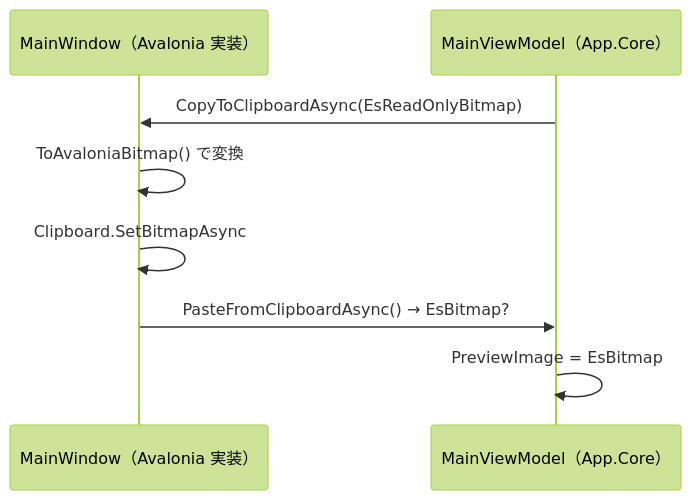
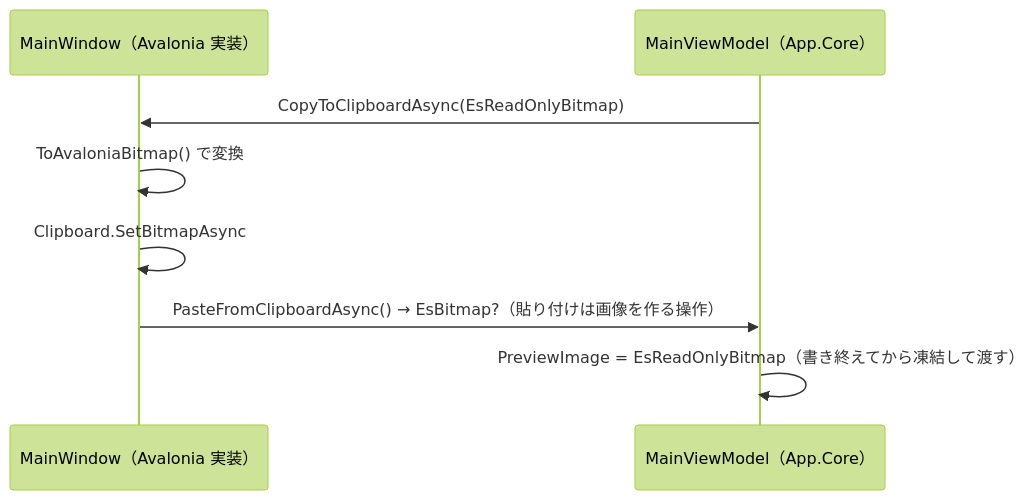
The second of 2 diagrams in src/App.Core/docs/SPEC_System.md (tomokuni/SaveEvidence), drawn with Mermaid (forest theme) before and after one commit. The commit also changed other lines of this file and 21 other files, not shown here.

````diff
--- a/src/App.Core/docs/SPEC_System.md
+++ b/src/App.Core/docs/SPEC_System.md
@@ -68,10 +68,10 @@
 ```mermaid
 sequenceDiagram
   participant UI as MainWindow（Avalonia 実装）
   participant VM as MainViewModel（App.Core）
   VM->>UI: CopyToClipboardAsync(EsReadOnlyBitmap)
   UI->>UI: ToAvaloniaBitmap() で変換
   UI->>UI: Clipboard.SetBitmapAsync
-  UI->>VM: PasteFromClipboardAsync() → EsBitmap?
-  VM->>VM: PreviewImage = EsBitmap
+  UI->>VM: PasteFromClipboardAsync() → EsBitmap?（貼り付けは画像を作る操作）
+  VM->>VM: PreviewImage = EsReadOnlyBitmap（書き終えてから凍結して渡す）
 ```
````
